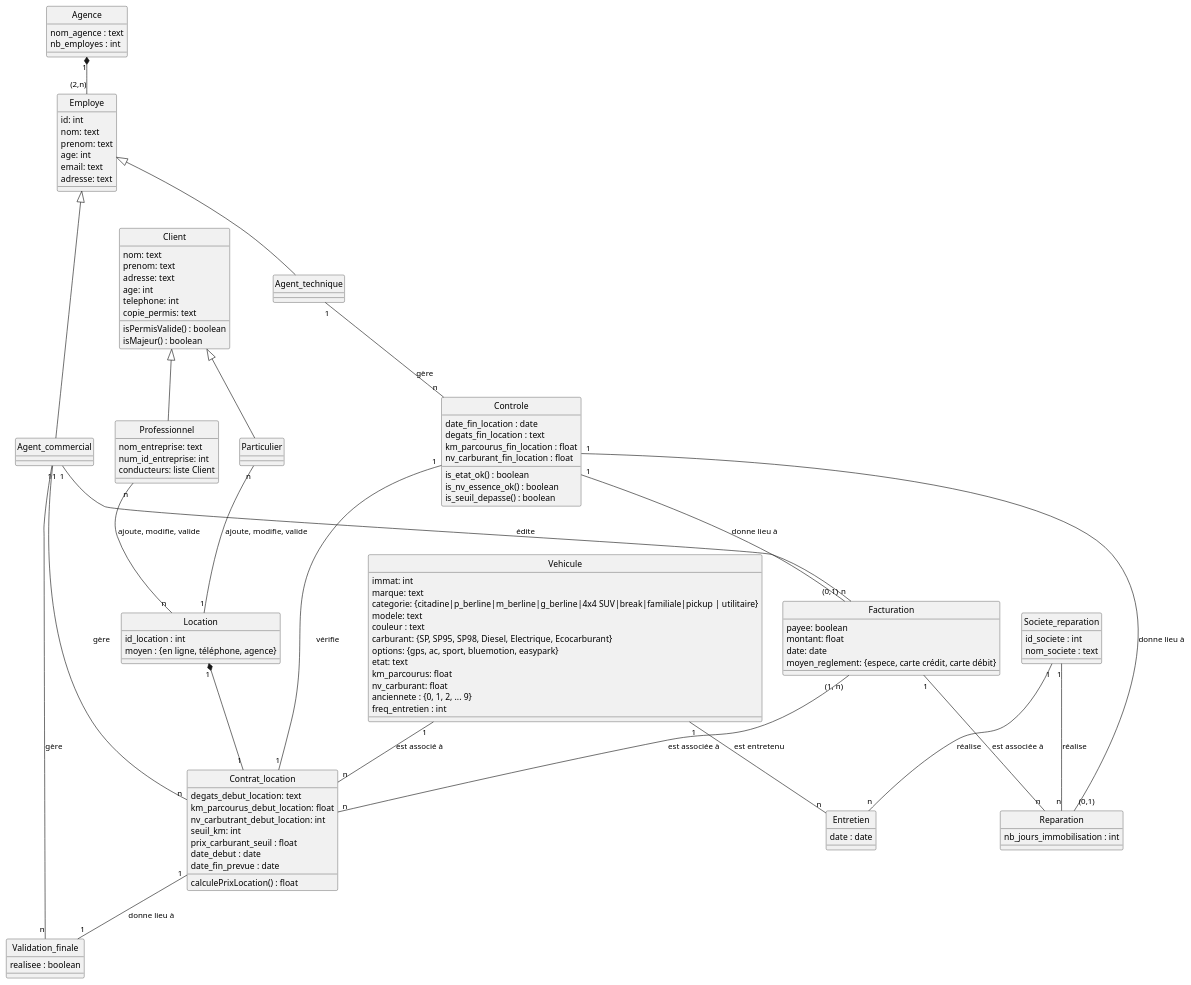
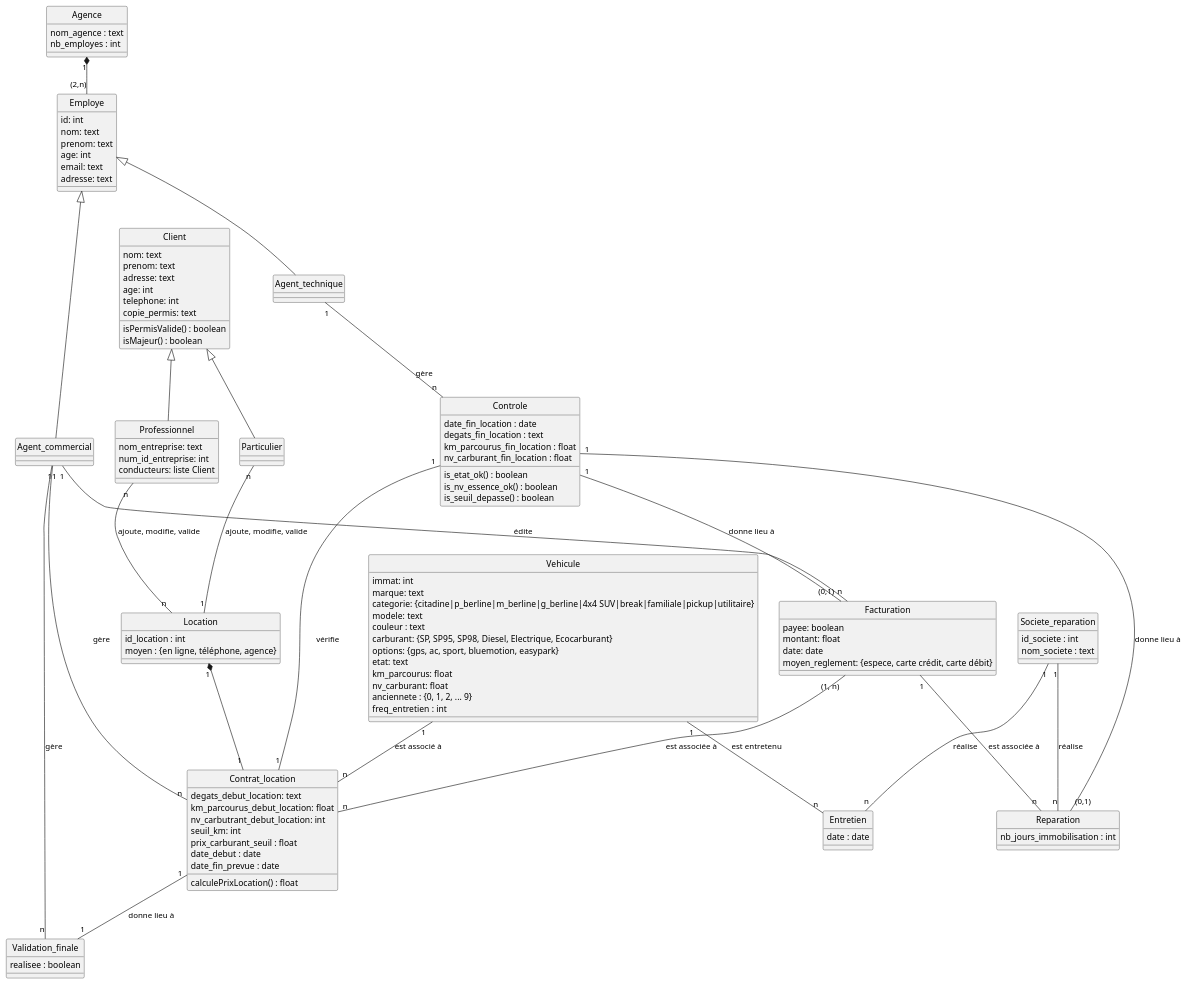
Before and after one commit to fouany/BDD-NF17: the diagram in MCD.plantuml, drawn with PlantUML.

```diff
--- a/MCD.plantuml
+++ b/MCD.plantuml
@@ -1,139 +1,139 @@
 @startuml
 hide circle
 
 class Vehicule{
   immat: int
   marque: text
-  categorie: {citadine|p_berline|m_berline|g_berline|4x4 SUV|break|familiale|pickup | utilitaire}
+  categorie: {citadine|p_berline|m_berline|g_berline|4x4 SUV|break|familiale|pickup|utilitaire}
   modele: text
   couleur : text
   carburant: {SP, SP95, SP98, Diesel, Electrique, Ecocarburant}
   options: {gps, ac, sport, bluemotion, easypark}
   etat: text
   km_parcourus: float
   nv_carburant: float
   anciennete : {0, 1, 2, ... 9}
   freq_entretien : int
 }
 
 class Agence{
   nom_agence : text
   nb_employes : int
 }
 
 class Employe{
   id: int
   nom: text
   prenom: text
   age: int
   email: text
   adresse: text
 }
 
 class Agent_commercial{}
 
 class Agent_technique{}
 
 class Societe_reparation{
   id_societe : int
   nom_societe : text
 }
 
 class Client{
   nom: text
   prenom: text
   adresse: text
   age: int
   telephone: int
   copie_permis: text
   isPermisValide() : boolean
   isMajeur() : boolean 
 }
 
 class Particulier{}
 
 class Professionnel{
   nom_entreprise: text
   num_id_entreprise: int
   conducteurs: liste Client
 }
 
 class Location{
   id_location : int
   moyen : {en ligne, téléphone, agence}
 }
 
 class Contrat_location{
   degats_debut_location: text
   km_parcourus_debut_location: float
   nv_carbutrant_debut_location: int
   seuil_km: int
   prix_carburant_seuil : float
   date_debut : date
   date_fin_prevue : date
   calculePrixLocation() : float
 }
 
 class Facturation{
   payee: boolean
   montant: float
   date: date
   moyen_reglement: {espece, carte crédit, carte débit}
 }
 
 class Validation_finale{
   realisee : boolean
 }
 
 class Entretien{
   date : date
 }
 
 class Controle{
   date_fin_location : date
   degats_fin_location : text
   km_parcourus_fin_location : float
   nv_carburant_fin_location : float
   is_etat_ok() : boolean 
   is_nv_essence_ok() : boolean
   is_seuil_depasse() : boolean
 }
 
 class Reparation{
   nb_jours_immobilisation : int
 }
 
 Location "1" *-- "1" Contrat_location
 Agence "1" *-- "(2,n)" Employe
 
 Employe <|-- Agent_technique
 Employe <|-- Agent_commercial
 
 Client <|-- Particulier
 Client <|-- Professionnel
 
 Particulier "n" -- "1" Location : ajoute, modifie, valide
 Professionnel "n" -- "n" Location : ajoute, modifie, valide
 
 Agent_commercial "1" -- "n" Contrat_location : gère 
 Agent_commercial "1" -- "n" Facturation : édite
 Agent_commercial "1" -- "n" Validation_finale : gère
 
 Agent_technique "1" -- "n" Controle : gère
 
 Contrat_location "1" -- "1" Validation_finale : donne lieu à
 
 Vehicule "1" -- "n" Contrat_location : est associé à  
 Vehicule "1" -- "n" Entretien : est entretenu
 
 Facturation "1" -- "n" Reparation : est associée à
 Facturation "(1, n)" -- "n" Contrat_location : est associée à
 
 Controle "1" -- "1" Contrat_location : vérifie
 Controle "1" -- "(0,1)" Reparation : donne lieu à 
 Controle "1" -- "(0,1)" Facturation : donne lieu à 
 
 Societe_reparation "1" -- "n" Entretien : réalise
 Societe_reparation "1" -- "n" Reparation : réalise
 
 @enduml
```
